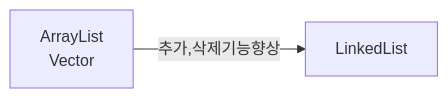
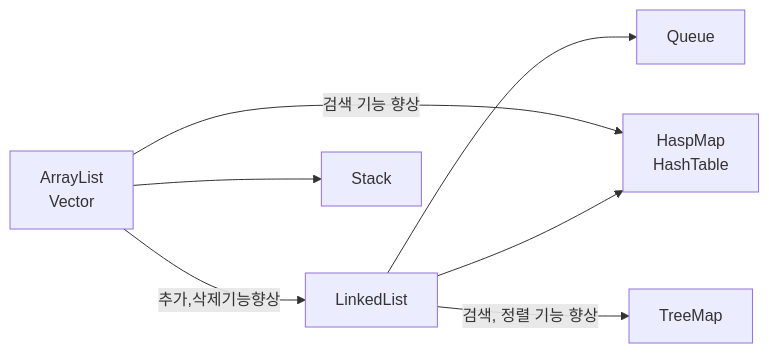
The eighth of 8 diagrams in _posts/2024-11-14-java-collection-framework.md (023-dev/023-dev.github.io), drawn with Mermaid before and after one commit.

Commit message:
update(post): Update post > java > collectoin framework

```diff
--- a/_posts/2024-11-14-java-collection-framework.md
+++ b/_posts/2024-11-14-java-collection-framework.md
@@ -696,4 +696,9 @@
 <div class="mermaid"> 
 graph LR
     A[ArrayList<br>Vector] -- 추가,삭제기능향상 --> B[LinkedList]
+    A -- 검색 기능 향상 --> C[HaspMap<br>HashTable]
+    A --> D[Stack]
+    B --> E[Queue]
+    B --> C
+    B -- 검색, 정렬 기능 향상 --> F[TreeMap]
 </div>
```
